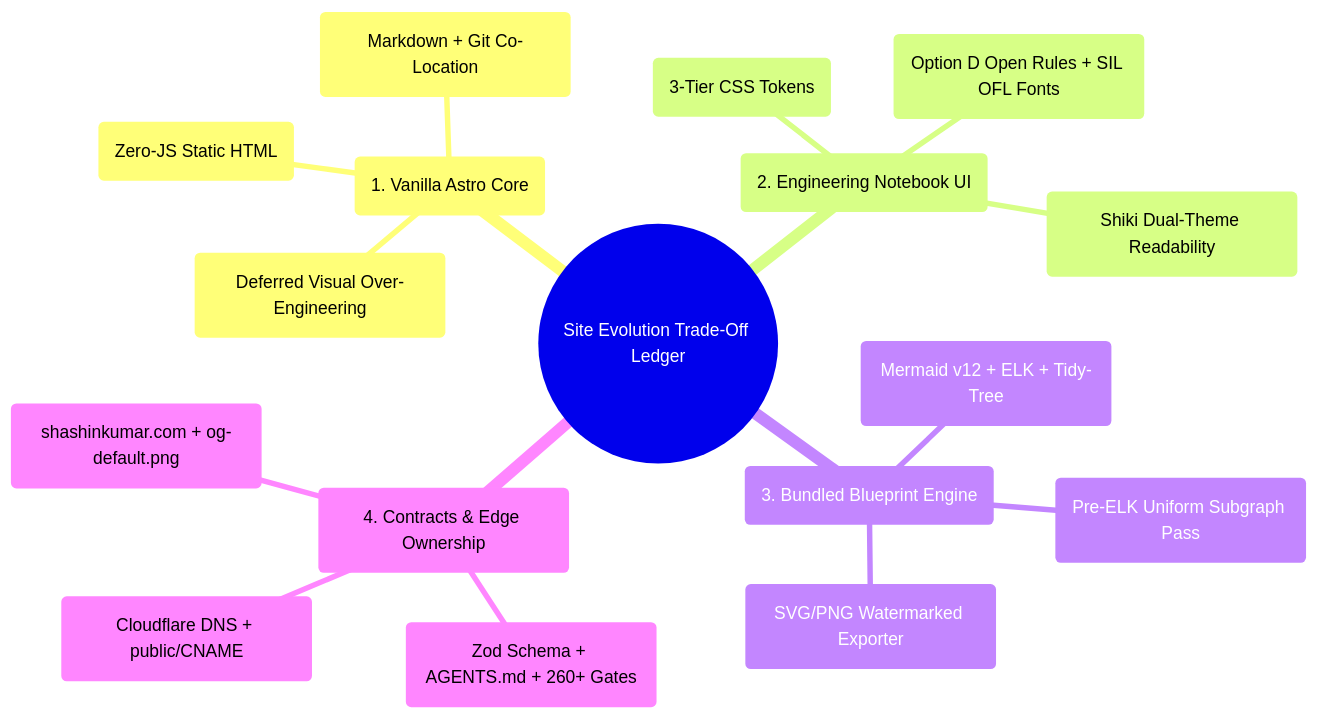
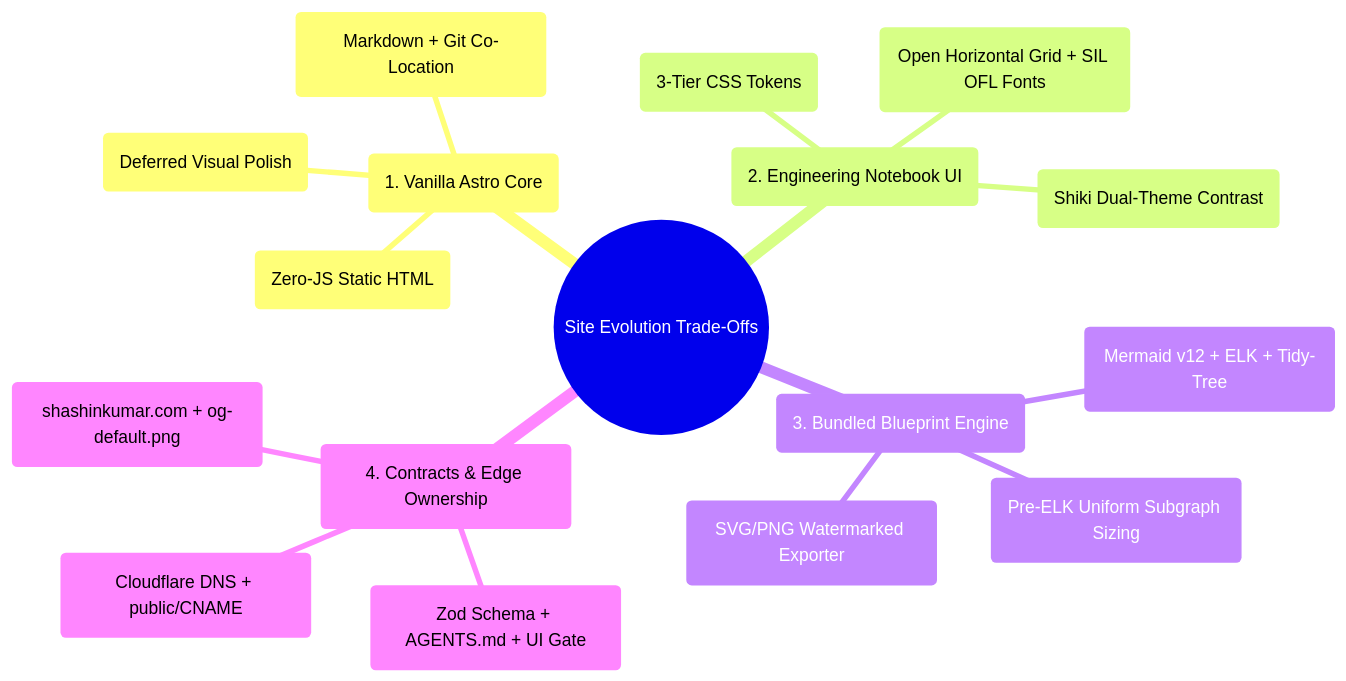
Before and after one commit to kumarshaz/kumarshaz.github.io: the second of 2 diagrams in src/content/blog/how-this-site-evolved.md, drawn with Mermaid. The commit also changed other lines of this file, not shown here.

Commit message:
docs(blog): focus site evolution post on functional and architectural narrative

````diff
--- a/src/content/blog/how-this-site-evolved.md
+++ b/src/content/blog/how-this-site-evolved.md
@@ -220,24 +212,24 @@
 ```mermaid
 ---
 config:
   layout: tidy-tree
 ---
 mindmap
-  root(("Site Evolution Trade-Off Ledger"))
+  root(("Site Evolution Trade-Offs"))
     ("1. Vanilla Astro Core")
       ("Zero-JS Static HTML")
       ("Markdown + Git Co-Location")
-      ("Deferred Visual Over-Engineering")
+      ("Deferred Visual Polish")
     ("2. Engineering Notebook UI")
       ("3-Tier CSS Tokens")
-      ("Option D Open Rules + SIL OFL Fonts")
-      ("Shiki Dual-Theme Readability")
+      ("Open Horizontal Grid + SIL OFL Fonts")
+      ("Shiki Dual-Theme Contrast")
     ("3. Bundled Blueprint Engine")
       ("Mermaid v12 + ELK + Tidy-Tree")
-      ("Pre-ELK Uniform Subgraph Pass")
+      ("Pre-ELK Uniform Subgraph Sizing")
       ("SVG/PNG Watermarked Exporter")
     ("4. Contracts & Edge Ownership")
-      ("Zod Schema + AGENTS.md + 260+ Gates")
+      ("Zod Schema + AGENTS.md + UI Gate")
       ("Cloudflare DNS + public/CNAME")
       ("shashinkumar.com + og-default.png")
 ```
````
